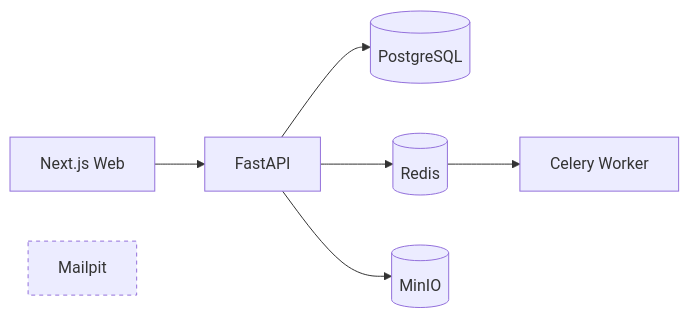
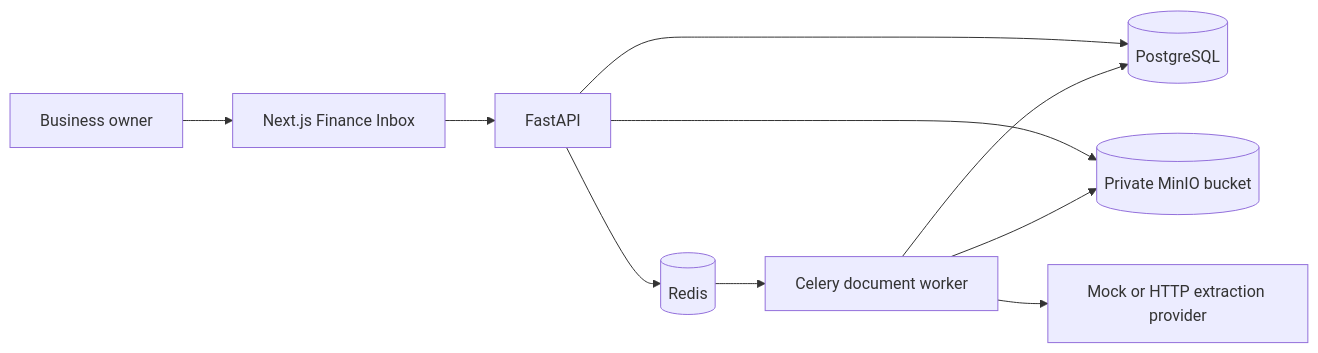
One commit to mdaninas/umkm-ledger-automation changed the diagram in docs/architecture.md. Above: the diagram before and after it, drawn with Mermaid. The commit also changed other lines of this file and 40 other files, not shown here.

Commit message:
Add finance inbox and refresh branding

````diff
--- a/docs/architecture.md
+++ b/docs/architecture.md
@@ -5,10 +3,12 @@
 ```mermaid
 flowchart LR
-    Browser["Next.js Web"] --> API["FastAPI"]
+    Browser["Next.js Finance Inbox"] --> API["FastAPI"]
     API --> DB[("PostgreSQL")]
-    API --> Redis[("Redis")]
-    API --> Storage[("MinIO")]
-    Redis --> Worker["Celery Worker"]
-    Mailpit["Mailpit"]:::future
-    classDef future stroke-dasharray: 4 4
+    API --> Storage[("Private MinIO bucket")]
+    API --> Queue[("Redis")]
+    Queue --> Worker["Celery document worker"]
+    Worker --> Storage
+    Worker --> Provider["Mock or HTTP extraction provider"]
+    Worker --> DB
+    Owner["Business owner"] --> Browser
 ```
````
